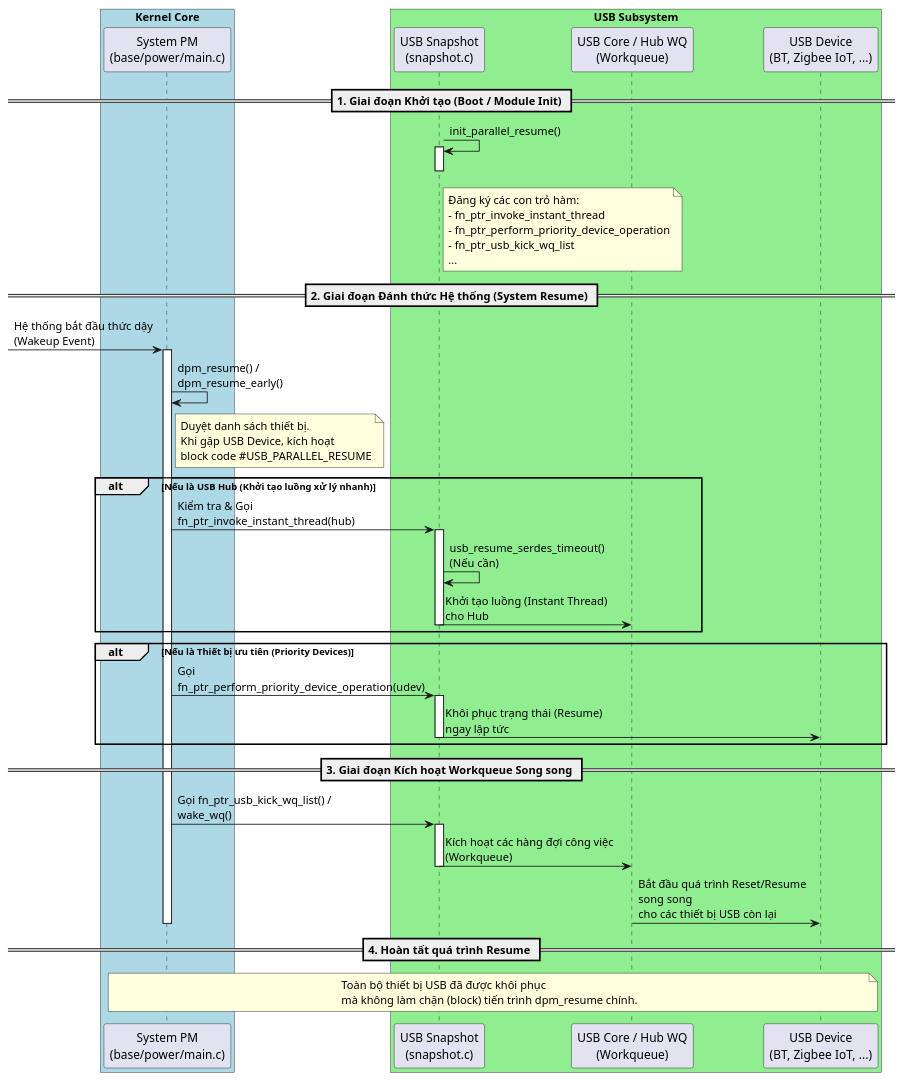
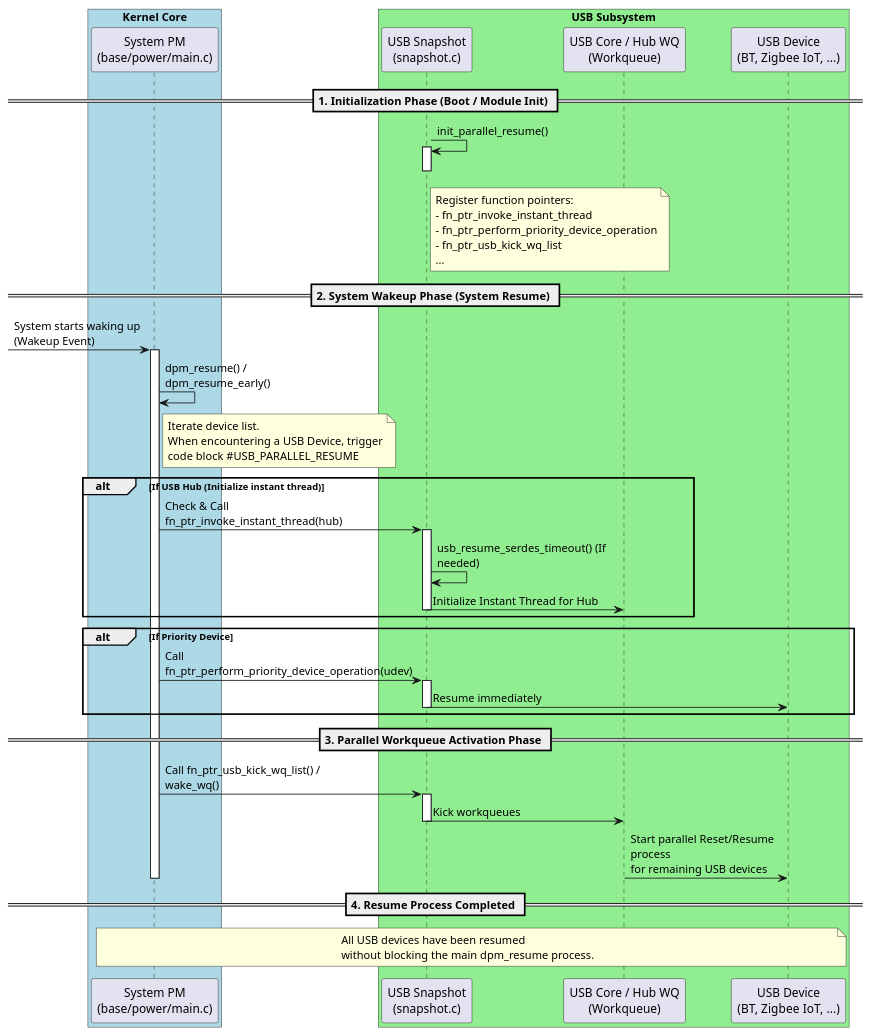
The diagram in README.md (learn-linux-1/tip-cmd), drawn with PlantUML before and after one commit. The commit also changed other lines of this file, not shown here.

```diff
--- a/README.md
+++ b/README.md
@@ -1,53 +1,53 @@
 @startuml
 skinparam maxMessageSize 200
 
 box "Kernel Core" #LightBlue
 participant "System PM\n(base/power/main.c)" as SysPM
 end box
 
 box "USB Subsystem" #LightGreen
 participant "USB Snapshot\n(snapshot.c)" as Snapshot
 participant "USB Core / Hub WQ\n(Workqueue)" as Hub
 participant "USB Device\n(BT, Zigbee IoT, ...)" as Device
 end box
 
-== 1. Giai đoạn Khởi tạo (Boot / Module Init) ==
+== 1. Initialization Phase (Boot / Module Init) ==
 Snapshot -> Snapshot : init_parallel_resume()
 activate Snapshot
-note right Snapshot: Đăng ký các con trỏ hàm:\n- fn_ptr_invoke_instant_thread\n- fn_ptr_perform_priority_device_operation\n- fn_ptr_usb_kick_wq_list\n...
+note right Snapshot: Register function pointers:\n- fn_ptr_invoke_instant_thread\n- fn_ptr_perform_priority_device_operation\n- fn_ptr_usb_kick_wq_list\n...
 deactivate Snapshot
 
-== 2. Giai đoạn Đánh thức Hệ thống (System Resume) ==
--> SysPM : Hệ thống bắt đầu thức dậy (Wakeup Event)
+== 2. System Wakeup Phase (System Resume) ==
+-> SysPM : System starts waking up (Wakeup Event)
 activate SysPM
 SysPM -> SysPM : dpm_resume() / dpm_resume_early()
-note right SysPM: Duyệt danh sách thiết bị.\nKhi gặp USB Device, kích hoạt\nblock code #USB_PARALLEL_RESUME
+note right SysPM: Iterate device list.\nWhen encountering a USB Device, trigger\ncode block #USB_PARALLEL_RESUME
 
-alt Nếu là USB Hub (Khởi tạo luồng xử lý nhanh)
-    SysPM -> Snapshot : Kiểm tra & Gọi fn_ptr_invoke_instant_thread(hub)
+alt If USB Hub (Initialize instant thread)
+    SysPM -> Snapshot : Check & Call fn_ptr_invoke_instant_thread(hub)
     activate Snapshot
-    Snapshot -> Snapshot : usb_resume_serdes_timeout() (Nếu cần)
-    Snapshot -> Hub : Khởi tạo luồng (Instant Thread) cho Hub
+    Snapshot -> Snapshot : usb_resume_serdes_timeout() (If needed)
+    Snapshot -> Hub : Initialize Instant Thread for Hub
     deactivate Snapshot
 end
 
-alt Nếu là Thiết bị ưu tiên (Priority Devices)
-    SysPM -> Snapshot : Gọi fn_ptr_perform_priority_device_operation(udev)
+alt If Priority Device
+    SysPM -> Snapshot : Call fn_ptr_perform_priority_device_operation(udev)
     activate Snapshot
-    Snapshot -> Device : Khôi phục trạng thái (Resume) ngay lập tức
+    Snapshot -> Device : Resume immediately
     deactivate Snapshot
 end
 
-== 3. Giai đoạn Kích hoạt Workqueue Song song ==
-SysPM -> Snapshot : Gọi fn_ptr_usb_kick_wq_list() / wake_wq()
+== 3. Parallel Workqueue Activation Phase ==
+SysPM -> Snapshot : Call fn_ptr_usb_kick_wq_list() / wake_wq()
 activate Snapshot
-Snapshot -> Hub : Kích hoạt các hàng đợi công việc (Workqueue)
+Snapshot -> Hub : Kick workqueues
 deactivate Snapshot
 
-Hub -> Device : Bắt đầu quá trình Reset/Resume song song\ncho các thiết bị USB còn lại
+Hub -> Device : Start parallel Reset/Resume process\nfor remaining USB devices
 deactivate SysPM
 
-== 4. Hoàn tất quá trình Resume ==
-note over SysPM, Device: Toàn bộ thiết bị USB đã được khôi phục\nmà không làm chặn (block) tiến trình dpm_resume chính.
+== 4. Resume Process Completed ==
+note over SysPM, Device: All USB devices have been resumed\nwithout blocking the main dpm_resume process.
 
 @enduml
```
